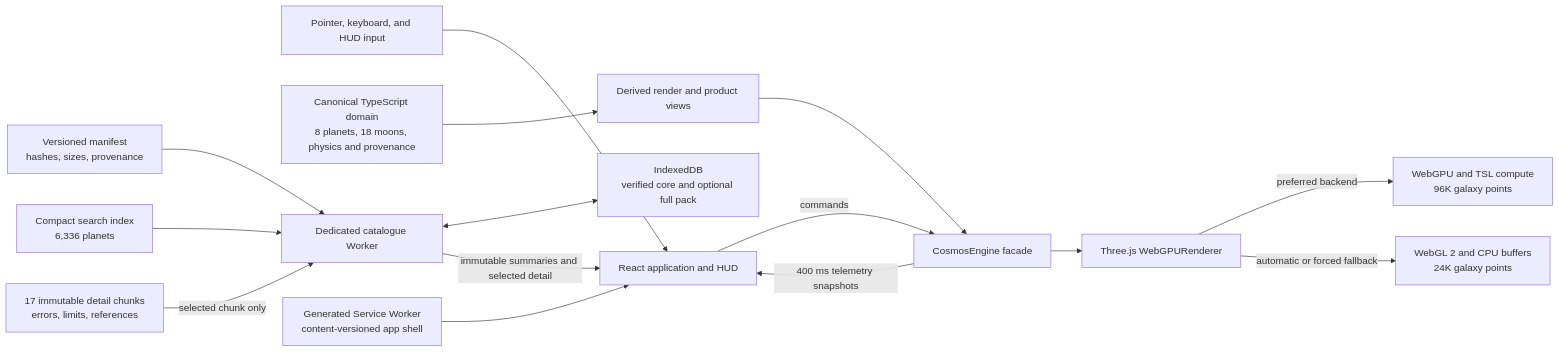
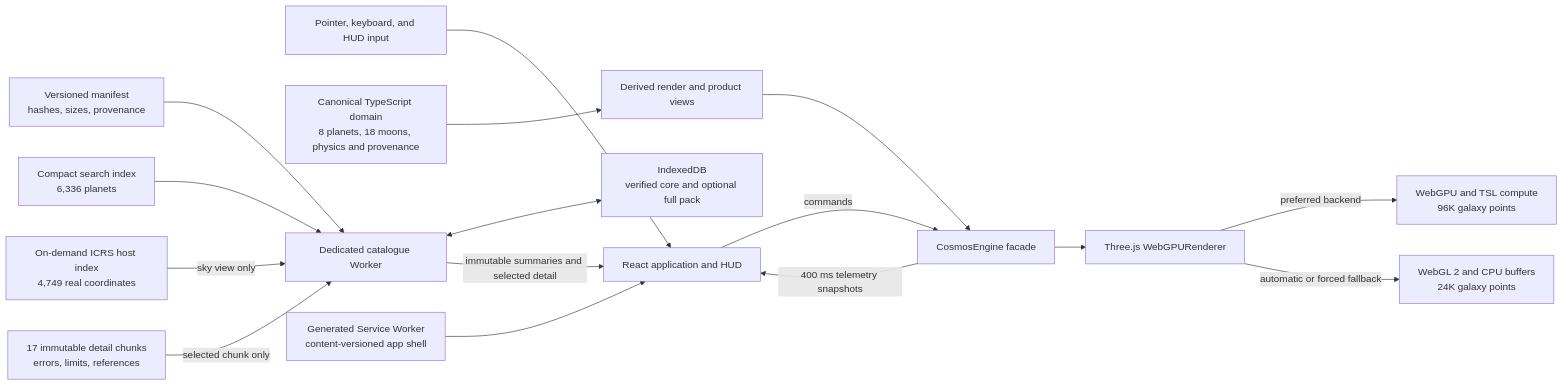
One commit to tianrking/SpaceEngine-Web changed the diagram in README.md. Above: the diagram before and after it, drawn with Mermaid. The commit also changed other lines of this file and 15 other files, not shown here.

Commit message:
feat: add verified observed-host sky atlas

````diff
--- a/README.md
+++ b/README.md
@@ -183,17 +184,18 @@
 ```mermaid
 flowchart LR
   User["Pointer, keyboard, and HUD input"] --> UI["React application and HUD"]
   UI -->|commands| Engine["CosmosEngine facade"]
   Engine -->|400 ms telemetry snapshots| UI
   Domain["Canonical TypeScript domain<br/>8 planets, 18 moons, physics and provenance"] --> Catalog["Derived render and product views"]
   Catalog --> Engine
   Manifest["Versioned manifest<br/>hashes, sizes, provenance"] --> Worker["Dedicated catalogue Worker"]
   Index["Compact search index<br/>6,336 planets"] --> Worker
+  HostSky["On-demand ICRS host index<br/>4,749 real coordinates"] -->|sky view only| Worker
   Detail["17 immutable detail chunks<br/>errors, limits, references"] -->|selected chunk only| Worker
   Worker <--> IDB["IndexedDB<br/>verified core and optional full pack"]
   Worker -->|immutable summaries and selected detail| UI
   SW["Generated Service Worker<br/>content-versioned app shell"] --> UI
   Engine --> Renderer["Three.js WebGPURenderer"]
   Renderer -->|preferred backend| GPU["WebGPU and TSL compute<br/>96K galaxy points"]
   Renderer -->|automatic or forced fallback| GL["WebGL 2 and CPU buffers<br/>24K galaxy points"]
 ```
````
